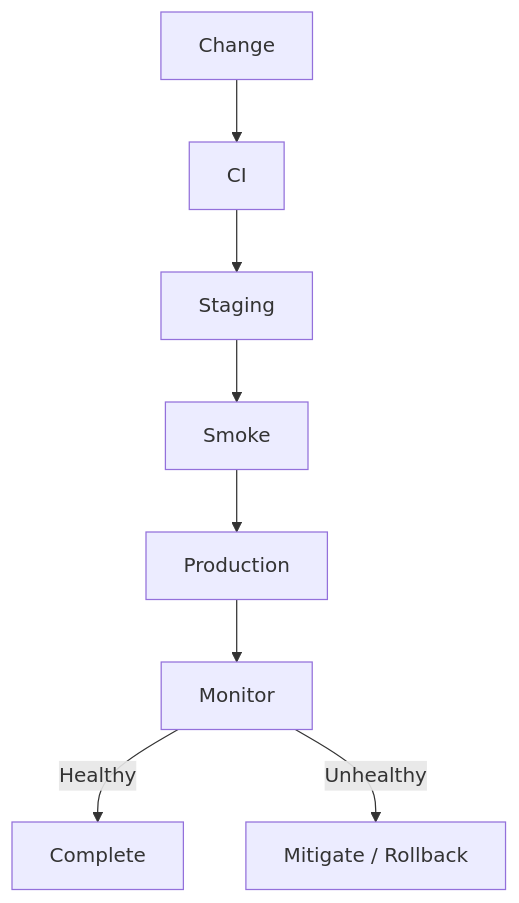
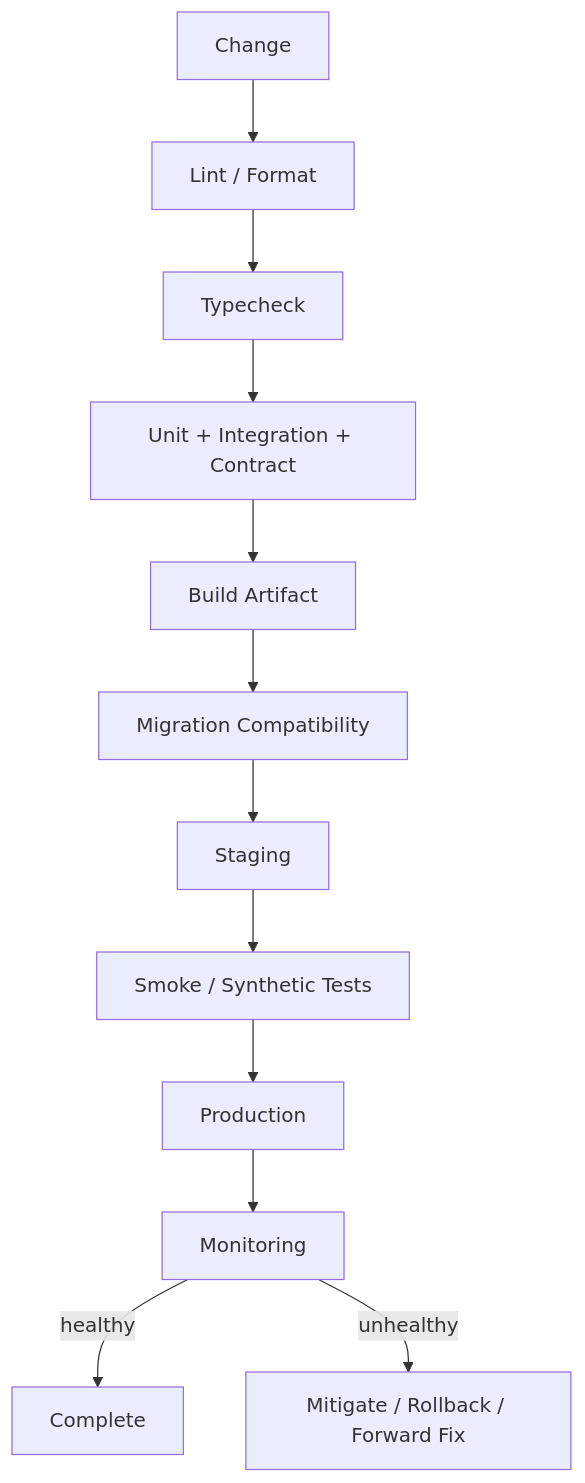
One commit to D-engahmed/OMILINKS changed the diagram in docs/engineering/release-process.md. Above: the diagram before and after it, drawn with Mermaid. The commit also changed other lines of this file and 4 other files, not shown here.

````diff
--- a/docs/engineering/release-process.md
+++ b/docs/engineering/release-process.md
@@ -13,10 +22,14 @@
-```mermaid
+~~~mermaid
 flowchart TD
-CHANGE[Change] --> CI[CI]
-CI --> STAGE[Staging]
-STAGE --> SMOKE[Smoke]
+CHANGE[Change] --> LINT[Lint / Format]
+LINT --> TYPE[Typecheck]
+TYPE --> TEST[Unit + Integration + Contract]
+TEST --> BUILD[Build Artifact]
+BUILD --> MIGRATE[Migration Compatibility]
+MIGRATE --> STAGE[Staging]
+STAGE --> SMOKE[Smoke / Synthetic Tests]
 SMOKE --> PROD[Production]
-PROD --> MON[Monitor]
-MON -->|Healthy| DONE[Complete]
-MON -->|Unhealthy| MIT[Mitigate / Rollback]
-```
+PROD --> MONITOR[Monitoring]
+MONITOR -->|healthy| DONE[Complete]
+MONITOR -->|unhealthy| MIT[Mitigate / Rollback / Forward Fix]
+~~~
````
